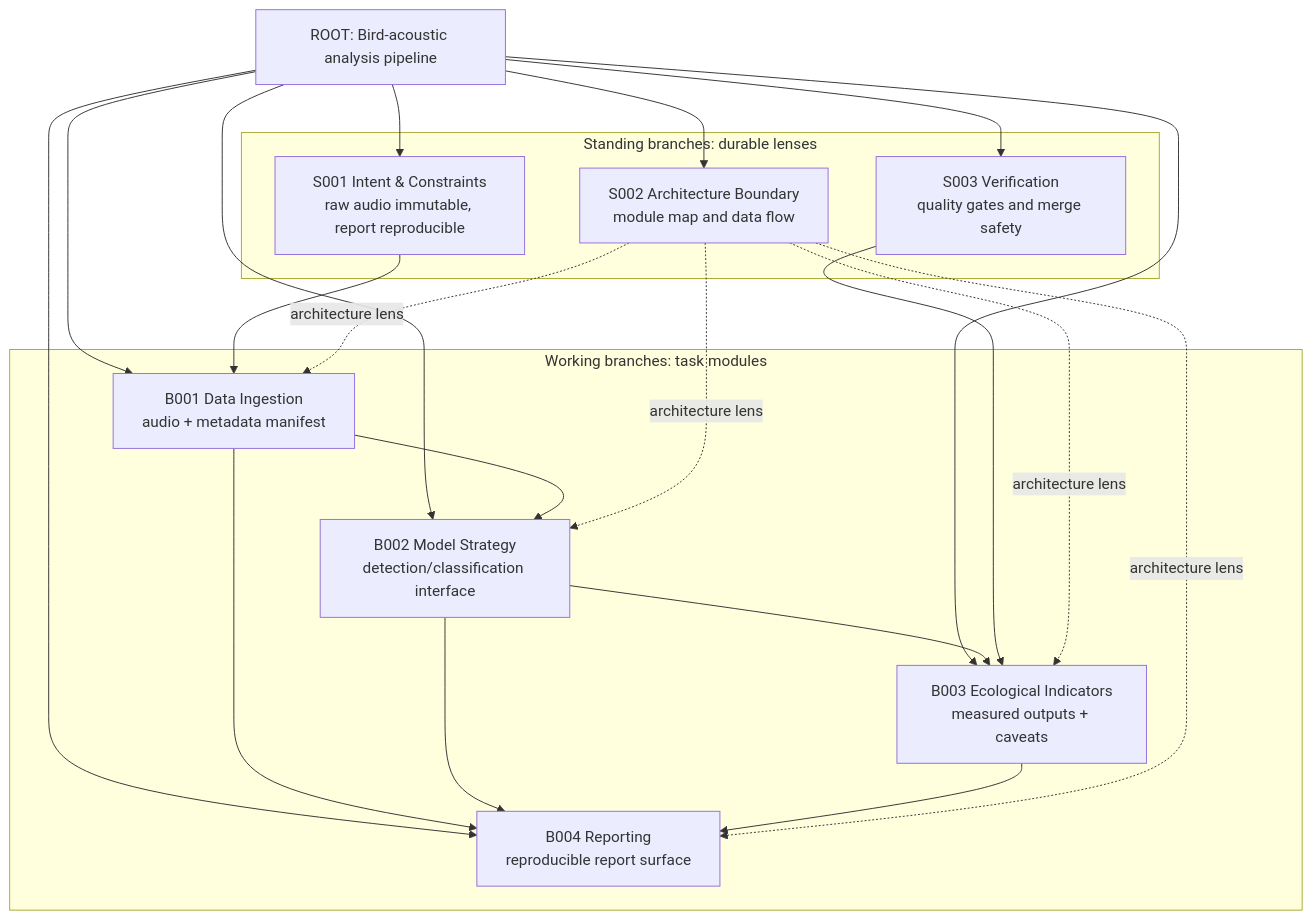
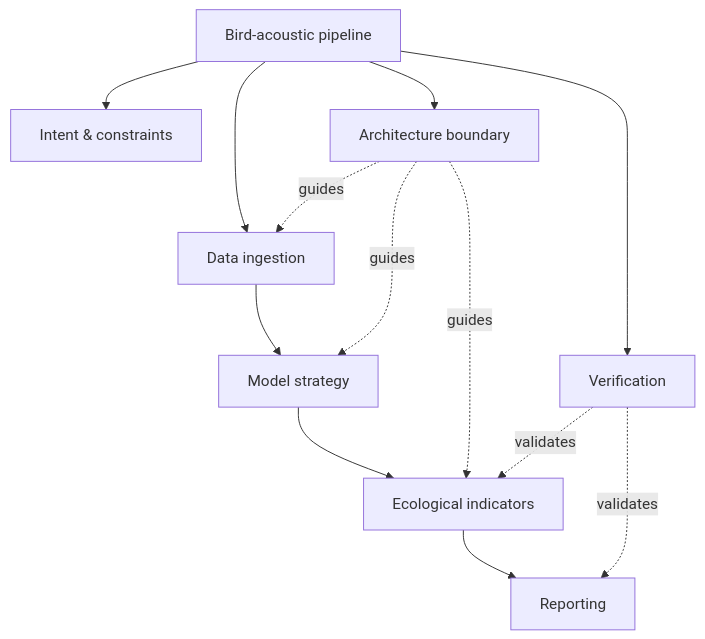
The diagram in README.md (Fly-Carrot/BranchOS), drawn with Mermaid before and after one commit. The commit also changed other lines of this file, not shown here.

````diff
--- a/README.md
+++ b/README.md
@@ -130,36 +80,21 @@
 ```mermaid
 flowchart TB
-    ROOT["ROOT: Bird-acoustic analysis pipeline"]
+    ROOT["Bird-acoustic pipeline"]
+    S1["Intent & constraints"]
+    S2["Architecture boundary"]
+    S3["Verification"]
+    B1["Data ingestion"]
+    B2["Model strategy"]
+    B3["Ecological indicators"]
+    B4["Reporting"]
 
-    subgraph Standing["Standing branches: durable lenses"]
-        S001["S001 Intent & Constraints<br/>raw audio immutable, report reproducible"]
-        S002["S002 Architecture Boundary<br/>module map and data flow"]
-        S003["S003 Verification<br/>quality gates and merge safety"]
-    end
-
-    subgraph Working["Working branches: task modules"]
-        B001["B001 Data Ingestion<br/>audio + metadata manifest"]
-        B002["B002 Model Strategy<br/>detection/classification interface"]
-        B003["B003 Ecological Indicators<br/>measured outputs + caveats"]
-        B004["B004 Reporting<br/>reproducible report surface"]
-    end
-
-    ROOT --> S001
-    ROOT --> S002
-    ROOT --> S003
-    ROOT --> B001
-    ROOT --> B002
-    ROOT --> B003
-    ROOT --> B004
-    S001 --> B001
-    B001 --> B002
-    B002 --> B003
-    S003 --> B003
-    B001 --> B004
-    B002 --> B004
-    B003 --> B004
-    S002 -. architecture lens .-> B001
-    S002 -. architecture lens .-> B002
-    S002 -. architecture lens .-> B003
-    S002 -. architecture lens .-> B004
+    ROOT --> S1
+    ROOT --> S2
+    ROOT --> S3
+    ROOT --> B1 --> B2 --> B3 --> B4
+    S2 -. guides .-> B1
+    S2 -. guides .-> B2
+    S2 -. guides .-> B3
+    S3 -. validates .-> B3
+    S3 -. validates .-> B4
 ```
````
